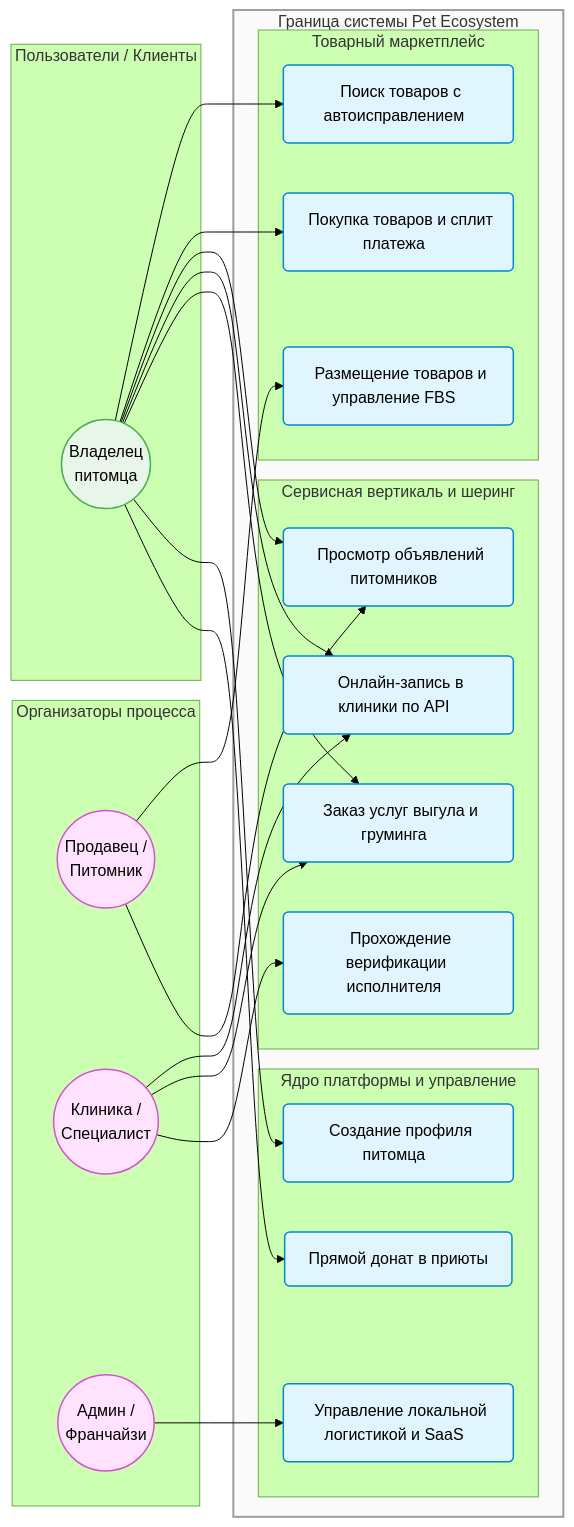
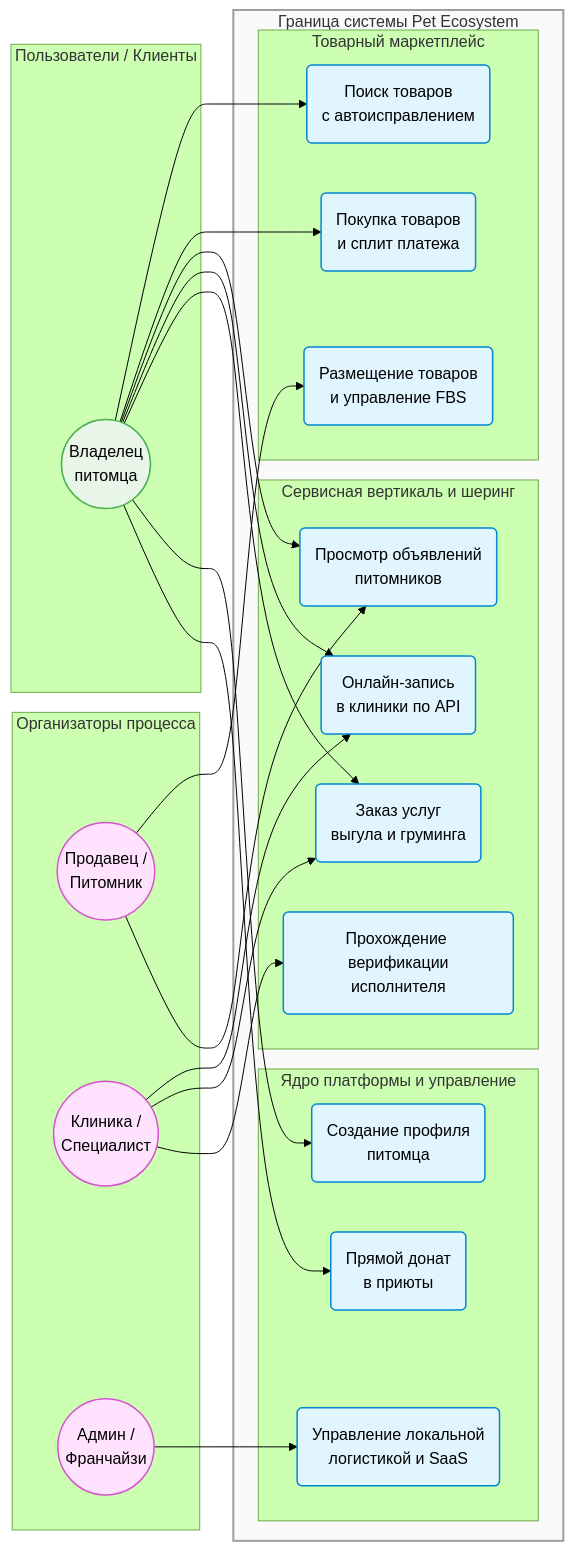
One commit to Hiken333/zoo_market changed the second of 2 diagrams in README.md. Above: the diagram before and after it, drawn with Mermaid (forest theme).

Commit message:
update: Сделал usecase более понятной.

````diff
--- a/README.md
+++ b/README.md
@@ -87,62 +87,63 @@
 ```mermaid
 flowchart LR
     subgraph Client_Side [Пользователи / Клиенты]
         A1((Владелец<br/>питомца))
     end
 
     subgraph Process_Owners [Организаторы процесса]
         A2((Продавец /<br/>Питомник))
         A3((Клиника /<br/>Специалист))
         A4((Админ /<br/>Франчайзи))
     end
 
     subgraph Platform [Граница системы Pet Ecosystem]
         subgraph UC_Goods [Товарный маркетплейс]
-            UC1("&nbsp;&nbsp;Поиск товаров с автоисправлением&nbsp;&nbsp;")
-            UC2("&nbsp;&nbsp;Покупка товаров и сплит платежа&nbsp;&nbsp;")
-            UC3("&nbsp;&nbsp;Размещение товаров и управление FBS&nbsp;&nbsp;")
+            UC1(Поиск товаров<br/>с автоисправлением)
+            UC2(Покупка товаров<br/>и сплит платежа)
+            UC3(Размещение товаров<br/>и управление FBS)
         end
         
         subgraph UC_Services [Сервисная вертикаль и шеринг]
-            UC4("&nbsp;&nbsp;Просмотр объявлений питомников&nbsp;&nbsp;")
-            UC5("&nbsp;&nbsp;Онлайн-запись в клиники по API&nbsp;&nbsp;")
-            UC6("&nbsp;&nbsp;Заказ услуг выгула и груминга&nbsp;&nbsp;")
-            UC7("&nbsp;&nbsp;Прохождение верификации исполнителя&nbsp;&nbsp;")
+            UC4(Просмотр объявлений<br/>питомников)
+            UC5(Онлайн-запись<br/>в клиники по API)
+            UC6(Заказ услуг<br/>выгула и груминга)
+            UC7(Прохождение верификации<br/>исполнителя)
         end
 
         subgraph UC_Core [Ядро платформы и управление]
-            UC8("&nbsp;&nbsp;Создание профиля питомца&nbsp;&nbsp;")
-            UC9("&nbsp;&nbsp;Прямой донат в приюты&nbsp;&nbsp;")
-            UC10("&nbsp;&nbsp;Управление локальной логистикой и SaaS&nbsp;&nbsp;")
+            UC8(Создание профиля<br/>питомца)
+            UC9(Прямой донат<br/>в приюты)
+            UC10(Управление локальной<br/>логистикой и SaaS)
         end
     end
 
     %% Взаимодействия конечных пользователей
     A1 --> UC1
     A1 --> UC2
     A1 --> UC4
     A1 --> UC5
     A1 --> UC6
     A1 --> UC8
     A1 --> UC9
 
     %% Взаимодействия организаторов процесса
     A2 --> UC3
     A2 --> UC4
 
     A3 --> UC5
     A3 --> UC6
     A3 --> UC7
 
     A4 --> UC10
 
     classDef client fill:#E8F5E9,stroke:#4CAF50,stroke-width:1.5px;
     classDef owner fill:#FFE3FE,stroke:#D652D0,stroke-width:1.5px;
     classDef usecase fill:#E1F5FE,stroke:#0288D1,stroke-width:1.5px;
     
     class A1 client;
     class A2,A3,A4 owner;
     class UC1,UC2,UC3,UC4,UC5,UC6,UC7,UC8,UC9,UC10 usecase;
     style Platform fill:#FAFAFA,stroke:#9E9E9E,stroke-width:2px;
 
+
 ```
````
